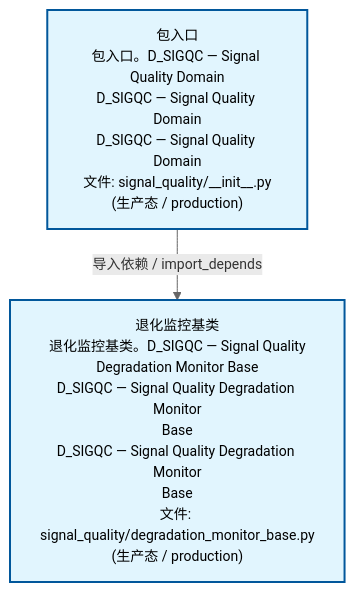
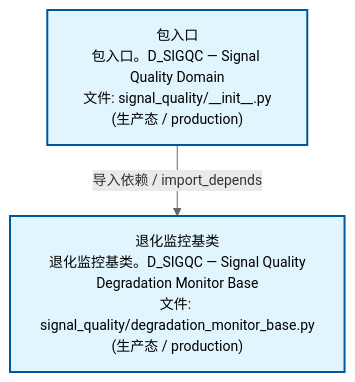
The second of 3 diagrams in docs/02_enterprise_architecture/02_domain_architecture_docs/69_d_sigqc.md (xuanFelixVan/ZephyrAlpha), drawn with Mermaid before and after one commit. The commit also changed other lines of this file and 60 other files, not shown here.

````diff
--- a/docs/02_enterprise_architecture/02_domain_architecture_docs/69_d_sigqc.md
+++ b/docs/02_enterprise_architecture/02_domain_architecture_docs/69_d_sigqc.md
@@ -75,12 +75,12 @@
 ```mermaid
 %%{init: {'theme': 'base', 'themeVariables': {'primaryColor': '#eaeaea', 'primaryTextColor': '#333333', 'primaryBorderColor': '#666666', 'lineColor': '#666666', 'secondaryColor': '#eaeaea', 'tertiaryColor': '#eaeaea', 'fontSize': '14px'}}}%%
 flowchart TD
-    src_zephyr_signal_quality_init_py["包入口<br/>包入口。D_SIGQC — Signal Quality Domain<br/>D_SIGQC — Signal Quality Domain<br/>D_SIGQC — Signal Quality Domain<br/>文件: signal_quality/__init__.py<br/>(生产态 / production)"]
-    src_zephyr_signal_quality_degradation_monitor_base_py["退化监控基类<br/>退化监控基类。D_SIGQC — Signal Quality<br/>Degradation Monitor Base<br/>D_SIGQC — Signal Quality Degradation Monitor<br/>Base<br/>D_SIGQC — Signal Quality Degradation Monitor<br/>Base<br/>文件: signal_quality/degradation_monitor_base.py<br/>(生产态 / production)"]
+    src_zephyr_signal_quality_init_py["包入口<br/>包入口。D_SIGQC — Signal Quality Domain<br/>文件: signal_quality/__init__.py<br/>(生产态 / production)"]
+    src_zephyr_signal_quality_degradation_monitor_base_py["退化监控基类<br/>退化监控基类。D_SIGQC — Signal Quality<br/>Degradation Monitor Base<br/>文件: signal_quality/degradation_monitor_base.py<br/>(生产态 / production)"]
     src_zephyr_signal_quality_init_py -->|导入依赖 / import_depends| src_zephyr_signal_quality_degradation_monitor_base_py
     classDef production fill:#e1f5fe,stroke:#01579b,stroke-width:2px,color:#000
     classDef design fill:#fff3e0,stroke:#e65100,stroke-width:2px,color:#000,stroke-dasharray: 5 5
     classDef external_prod fill:#e8f4fd,stroke:#0277bd,stroke-width:1px,color:#000
     classDef external_design fill:#fff8e7,stroke:#ef6c00,stroke-width:1px,color:#000,stroke-dasharray: 5 5
     class src_zephyr_signal_quality_init_py,src_zephyr_signal_quality_degradation_monitor_base_py production
 ```
````
